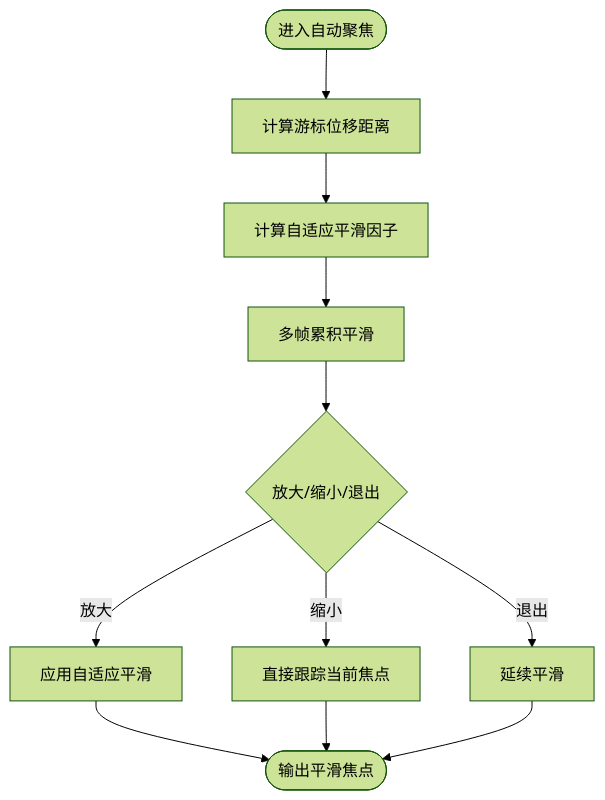
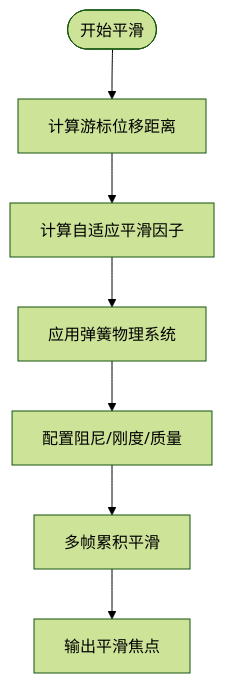
Before and after one commit to zhanggmin/openscreen: the sixth of 9 diagrams in .qoder/repowiki/zh/content/游标遥测系统/游标遥测系统.md, drawn with Mermaid (forest theme). The commit also changed other lines of this file and 68 other files, not shown here.

Commit message:
开发图文编辑功能

````diff
--- a/.qoder/repowiki/zh/content/游标遥测系统/游标遥测系统.md
+++ b/.qoder/repowiki/zh/content/游标遥测系统/游标遥测系统.md
@@ -241,13 +289,9 @@
 ```mermaid
 flowchart TD
-S(["进入自动聚焦"]) --> Dist["计算游标位移距离"]
+S(["开始平滑"]) --> Dist["计算游标位移距离"]
 Dist --> Factor["计算自适应平滑因子"]
-Factor --> Acc["多帧累积平滑"]
-Acc --> Mode{"放大/缩小/退出"}
-Mode --> |放大| Smooth["应用自适应平滑"]
-Mode --> |缩小| Track["直接跟踪当前焦点"]
-Mode --> |退出| Continue["延续平滑"]
-Smooth --> Out(["输出平滑焦点"])
-Track --> Out
-Continue --> Out
+Factor --> Spring["应用弹簧物理系统"]
+Spring --> Config["配置阻尼/刚度/质量"]
+Config --> Acc["多帧累积平滑"]
+Acc --> Output["输出平滑焦点"]
 ```
````
